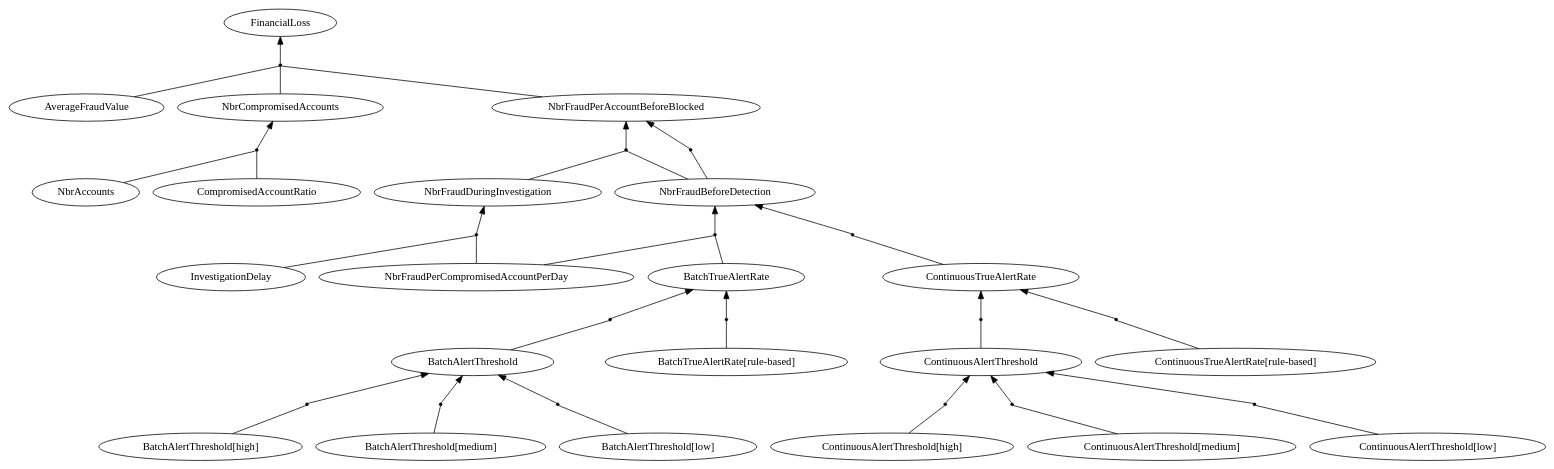
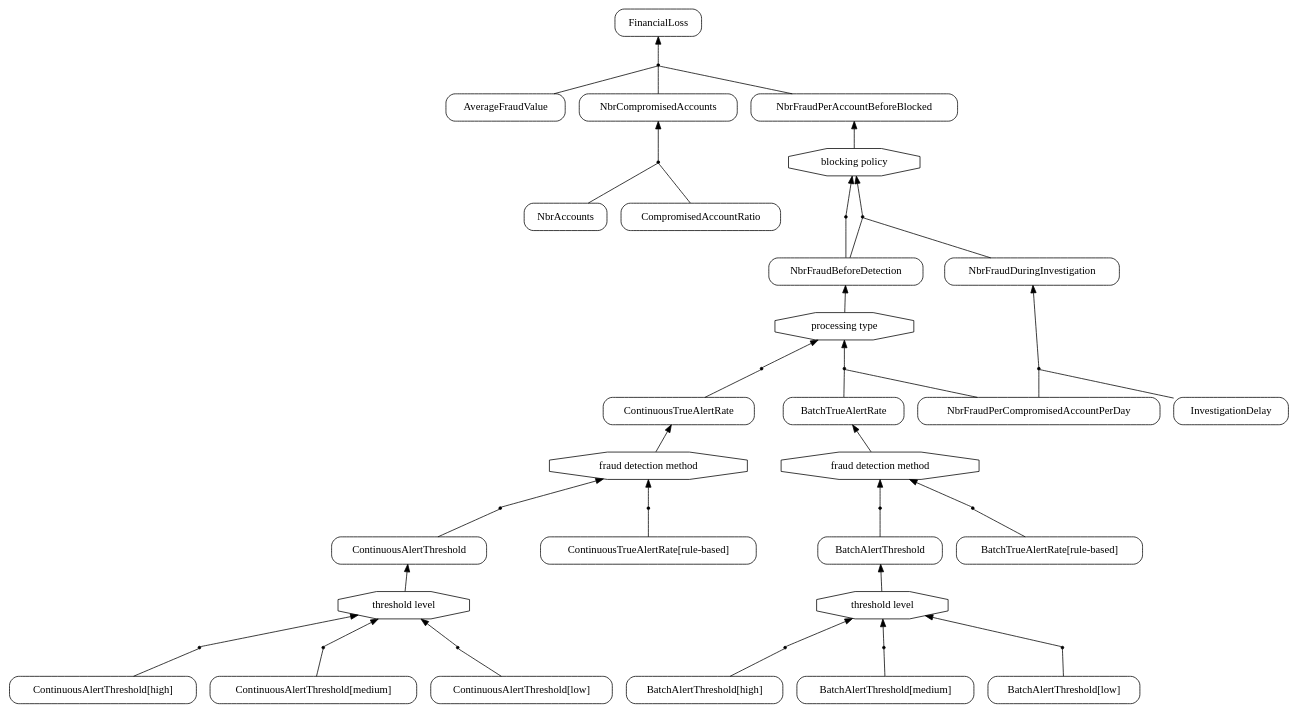
Before and after one commit to sbusari/RADAR2: the diagram in uk.ac.ucl.cs.results/PCFDM/graph/vgraph.dot, drawn with Graphviz. The commit also changed 46 other files, not shown here.

```diff
--- a/uk.ac.ucl.cs.results/PCFDM/graph/vgraph.dot
+++ b/uk.ac.ucl.cs.results/PCFDM/graph/vgraph.dot
@@ -1,76 +1,98 @@
 digraph G { 
 rankdir = BT 
-"AverageFraudValue" [shape = oval] 
-"NbrAccounts" [shape = oval] 
-"CompromisedAccountRatio" [shape = oval] 
-"NbrCompromisedAccounts" [shape = oval] 
+"AverageFraudValue"[shape = box, style = rounded] 
+"NbrAccounts"[shape = box, style = rounded] 
+"CompromisedAccountRatio"[shape = box, style = rounded] 
+"NbrCompromisedAccounts"[shape = box, style = rounded] 
 AndRef0[shape = point] 
 AndRef0->"NbrCompromisedAccounts"
 "NbrAccounts"->AndRef0 [dir = none] 
 "CompromisedAccountRatio"->AndRef0 [dir = none] 
 AndRef1[shape = point] 
-AndRef1->"ContinuousAlertThreshold"
+2[label="threshold level", shape = polygon, sides =8]2->"ContinuousAlertThreshold"
+"ContinuousAlertThreshold[high]"[shape = box, style = rounded] 
+AndRef1->2
 "ContinuousAlertThreshold[high]"->AndRef1 [dir = none] 
 AndRef2[shape = point] 
-AndRef2->"ContinuousAlertThreshold"
+2[label="threshold level", shape = polygon, sides =8]"ContinuousAlertThreshold[medium]"[shape = box, style = rounded] 
+AndRef2->2
 "ContinuousAlertThreshold[medium]"->AndRef2 [dir = none] 
 AndRef3[shape = point] 
-AndRef3->"ContinuousAlertThreshold"
+2[label="threshold level", shape = polygon, sides =8]"ContinuousAlertThreshold[low]"[shape = box, style = rounded] 
+AndRef3->2
 "ContinuousAlertThreshold[low]"->AndRef3 [dir = none] 
-"ContinuousAlertThreshold" [shape = oval] 
+"ContinuousAlertThreshold"[shape = box, style = rounded] 
 AndRef4[shape = point] 
-AndRef4->"ContinuousTrueAlertRate"
+5[label="fraud detection method", shape = polygon, sides =8]5->"ContinuousTrueAlertRate"
+"ContinuousAlertThreshold"[shape = box, style = rounded] 
+AndRef4->5
 "ContinuousAlertThreshold"->AndRef4 [dir = none] 
 AndRef5[shape = point] 
-AndRef5->"ContinuousTrueAlertRate"
+5[label="fraud detection method", shape = polygon, sides =8]"ContinuousTrueAlertRate[rule-based]"[shape = box, style = rounded] 
+AndRef5->5
 "ContinuousTrueAlertRate[rule-based]"->AndRef5 [dir = none] 
-"ContinuousTrueAlertRate" [shape = oval] 
+"ContinuousTrueAlertRate"[shape = box, style = rounded] 
 AndRef6[shape = point] 
-AndRef6->"NbrFraudBeforeDetection"
+7[label="processing type", shape = polygon, sides =8]7->"NbrFraudBeforeDetection"
+"ContinuousTrueAlertRate"[shape = box, style = rounded] 
+AndRef6->7
 "ContinuousTrueAlertRate"->AndRef6 [dir = none] 
-"NbrFraudPerCompromisedAccountPerDay" [shape = oval] 
+"NbrFraudPerCompromisedAccountPerDay"[shape = box, style = rounded] 
 AndRef7[shape = point] 
-AndRef7->"BatchAlertThreshold"
+8[label="threshold level", shape = polygon, sides =8]8->"BatchAlertThreshold"
+"BatchAlertThreshold[high]"[shape = box, style = rounded] 
+AndRef7->8
 "BatchAlertThreshold[high]"->AndRef7 [dir = none] 
 AndRef8[shape = point] 
-AndRef8->"BatchAlertThreshold"
+8[label="threshold level", shape = polygon, sides =8]"BatchAlertThreshold[medium]"[shape = box, style = rounded] 
+AndRef8->8
 "BatchAlertThreshold[medium]"->AndRef8 [dir = none] 
 AndRef9[shape = point] 
-AndRef9->"BatchAlertThreshold"
+8[label="threshold level", shape = polygon, sides =8]"BatchAlertThreshold[low]"[shape = box, style = rounded] 
+AndRef9->8
 "BatchAlertThreshold[low]"->AndRef9 [dir = none] 
-"BatchAlertThreshold" [shape = oval] 
+"BatchAlertThreshold"[shape = box, style = rounded] 
 AndRef10[shape = point] 
-AndRef10->"BatchTrueAlertRate"
+11[label="fraud detection method", shape = polygon, sides =8]11->"BatchTrueAlertRate"
+"BatchAlertThreshold"[shape = box, style = rounded] 
+AndRef10->11
 "BatchAlertThreshold"->AndRef10 [dir = none] 
 AndRef11[shape = point] 
-AndRef11->"BatchTrueAlertRate"
+11[label="fraud detection method", shape = polygon, sides =8]"BatchTrueAlertRate[rule-based]"[shape = box, style = rounded] 
+AndRef11->11
 "BatchTrueAlertRate[rule-based]"->AndRef11 [dir = none] 
-"BatchTrueAlertRate" [shape = oval] 
+"BatchTrueAlertRate"[shape = box, style = rounded] 
 AndRef12[shape = point] 
-AndRef12->"NbrFraudBeforeDetection"
+7[label="processing type", shape = polygon, sides =8]"NbrFraudPerCompromisedAccountPerDay"[shape = box, style = rounded] 
+"BatchTrueAlertRate"[shape = box, style = rounded] 
+AndRef12->7
 "NbrFraudPerCompromisedAccountPerDay"->AndRef12 [dir = none] 
 "BatchTrueAlertRate"->AndRef12 [dir = none] 
-"NbrFraudBeforeDetection" [shape = oval] 
+"NbrFraudBeforeDetection"[shape = box, style = rounded] 
 AndRef13[shape = point] 
-AndRef13->"NbrFraudPerAccountBeforeBlocked"
+14[label="blocking policy", shape = polygon, sides =8]14->"NbrFraudPerAccountBeforeBlocked"
+"NbrFraudBeforeDetection"[shape = box, style = rounded] 
+AndRef13->14
 "NbrFraudBeforeDetection"->AndRef13 [dir = none] 
-"NbrFraudBeforeDetection" [shape = oval] 
-"NbrFraudPerCompromisedAccountPerDay" [shape = oval] 
-"InvestigationDelay" [shape = oval] 
-"NbrFraudDuringInvestigation" [shape = oval] 
+"NbrFraudBeforeDetection"[shape = box, style = rounded] 
+"NbrFraudPerCompromisedAccountPerDay"[shape = box, style = rounded] 
+"InvestigationDelay"[shape = box, style = rounded] 
+"NbrFraudDuringInvestigation"[shape = box, style = rounded] 
 AndRef14[shape = point] 
 AndRef14->"NbrFraudDuringInvestigation"
 "NbrFraudPerCompromisedAccountPerDay"->AndRef14 [dir = none] 
 "InvestigationDelay"->AndRef14 [dir = none] 
 AndRef15[shape = point] 
-AndRef15->"NbrFraudPerAccountBeforeBlocked"
+14[label="blocking policy", shape = polygon, sides =8]"NbrFraudBeforeDetection"[shape = box, style = rounded] 
+"NbrFraudDuringInvestigation"[shape = box, style = rounded] 
+AndRef15->14
 "NbrFraudBeforeDetection"->AndRef15 [dir = none] 
 "NbrFraudDuringInvestigation"->AndRef15 [dir = none] 
-"NbrFraudPerAccountBeforeBlocked" [shape = oval] 
-"FinancialLoss" [shape = oval] 
+"NbrFraudPerAccountBeforeBlocked"[shape = box, style = rounded] 
+"FinancialLoss"[shape = box, style = rounded] 
 AndRef16[shape = point] 
 AndRef16->"FinancialLoss"
 "AverageFraudValue"->AndRef16 [dir = none] 
 "NbrCompromisedAccounts"->AndRef16 [dir = none] 
 "NbrFraudPerAccountBeforeBlocked"->AndRef16 [dir = none] 
 }
```
